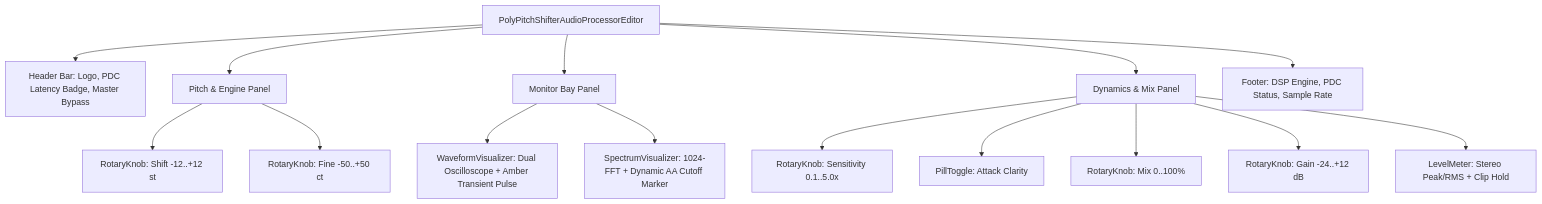
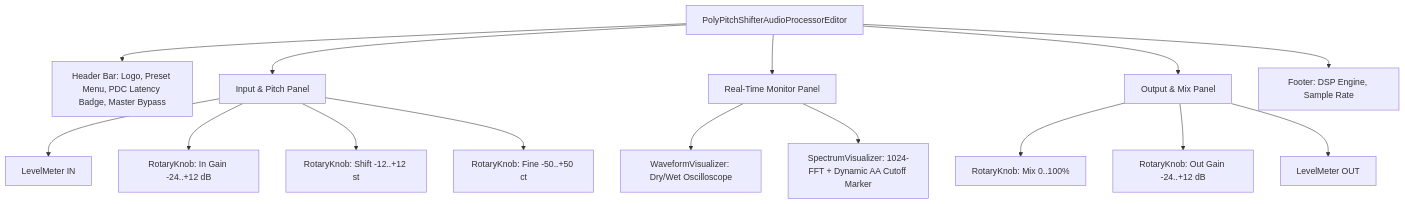
The first of 2 diagrams in docs/GUI_DESIGN.md (iPlaySkill/poly-pitch-shifter), drawn with Mermaid before and after one commit. The commit also changed other lines of this file and 5 other files, not shown here.

Commit message:
docs: update algorithm and architecture specs

````diff
--- a/docs/GUI_DESIGN.md
+++ b/docs/GUI_DESIGN.md
@@ -44,20 +44,20 @@
 ```mermaid
 graph TD
-    Editor[PolyPitchShifterAudioProcessorEditor] --> Header[Header Bar: Logo, PDC Latency Badge, Master Bypass]
-    Editor --> PitchCol[Pitch & Engine Panel]
-    Editor --> MonitorCol[Monitor Bay Panel]
-    Editor --> DynCol[Dynamics & Mix Panel]
-    Editor --> Footer[Footer: DSP Engine, PDC Status, Sample Rate]
+    Editor[PolyPitchShifterAudioProcessorEditor] --> Header[Header Bar: Logo, Preset Menu, PDC Latency Badge, Master Bypass]
+    Editor --> PitchCol[Input & Pitch Panel]
+    Editor --> MonitorCol[Real-Time Monitor Panel]
+    Editor --> DynCol[Output & Mix Panel]
+    Editor --> Footer[Footer: DSP Engine, Sample Rate]
 
+    PitchCol --> InMeter[LevelMeter IN]
+    PitchCol --> InGainKnob[RotaryKnob: In Gain -24..+12 dB]
     PitchCol --> ShiftKnob[RotaryKnob: Shift -12..+12 st]
     PitchCol --> FineKnob[RotaryKnob: Fine -50..+50 ct]
 
-    MonitorCol --> WaveVis[WaveformVisualizer: Dual Oscilloscope + Amber Transient Pulse]
+    MonitorCol --> WaveVis[WaveformVisualizer: Dry/Wet Oscilloscope]
     MonitorCol --> SpecVis[SpectrumVisualizer: 1024-FFT + Dynamic AA Cutoff Marker]
 
-    DynCol --> SensKnob[RotaryKnob: Sensitivity 0.1..5.0x]
-    DynCol --> TransToggle[PillToggle: Attack Clarity]
     DynCol --> MixKnob[RotaryKnob: Mix 0..100%]
-    DynCol --> GainKnob[RotaryKnob: Gain -24..+12 dB]
-    DynCol --> Meter[LevelMeter: Stereo Peak/RMS + Clip Hold]
+    DynCol --> GainKnob[RotaryKnob: Out Gain -24..+12 dB]
+    DynCol --> OutMeter[LevelMeter OUT]
 ```
````
